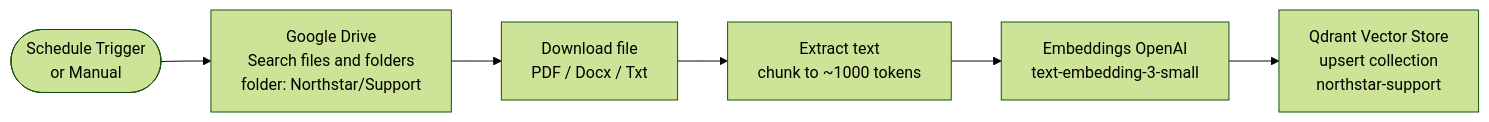
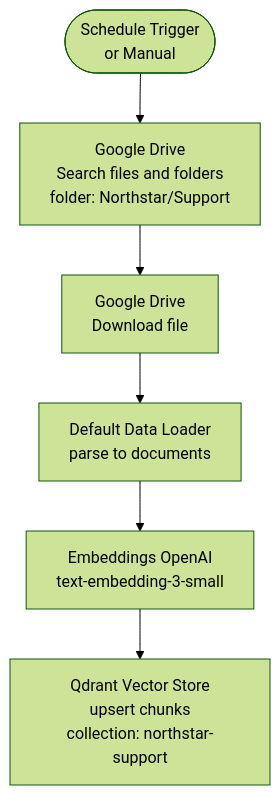
One commit to sahar6683/flying-higher-ai-lab changed the first of 3 diagrams in 04-rag-knowledge-base-qdrant-jev/README.md. Above: the diagram before and after it, drawn with Mermaid (forest theme). The commit also changed other lines of this file, not shown here.

````diff
--- a/04-rag-knowledge-base-qdrant-jev/README.md
+++ b/04-rag-knowledge-base-qdrant-jev/README.md
@@ -35,8 +60,8 @@
 ```mermaid
-flowchart LR
-    A([Schedule Trigger<br/>or Manual]) --> B[Google Drive<br/>Search files and folders<br/>folder: Northstar/Support]
-    B --> C[Download file<br/>PDF / Docx / Txt]
-    C --> D[Extract text<br/>chunk to ~1000 tokens]
-    D --> E[Embeddings OpenAI<br/>text-embedding-3-small]
-    E --> F[Qdrant Vector Store<br/>upsert collection<br/>northstar-support]
+flowchart TD
+    A(["Schedule Trigger<br/>or Manual"]) --> B["Google Drive<br/>Search files and folders<br/>folder: Northstar/Support"]
+    B --> C["Google Drive<br/>Download file"]
+    C --> D["Default Data Loader<br/>parse to documents"]
+    D --> E["Embeddings OpenAI<br/>text-embedding-3-small"]
+    E --> F["Qdrant Vector Store<br/>upsert chunks<br/>collection: northstar-support"]
 ```
````
